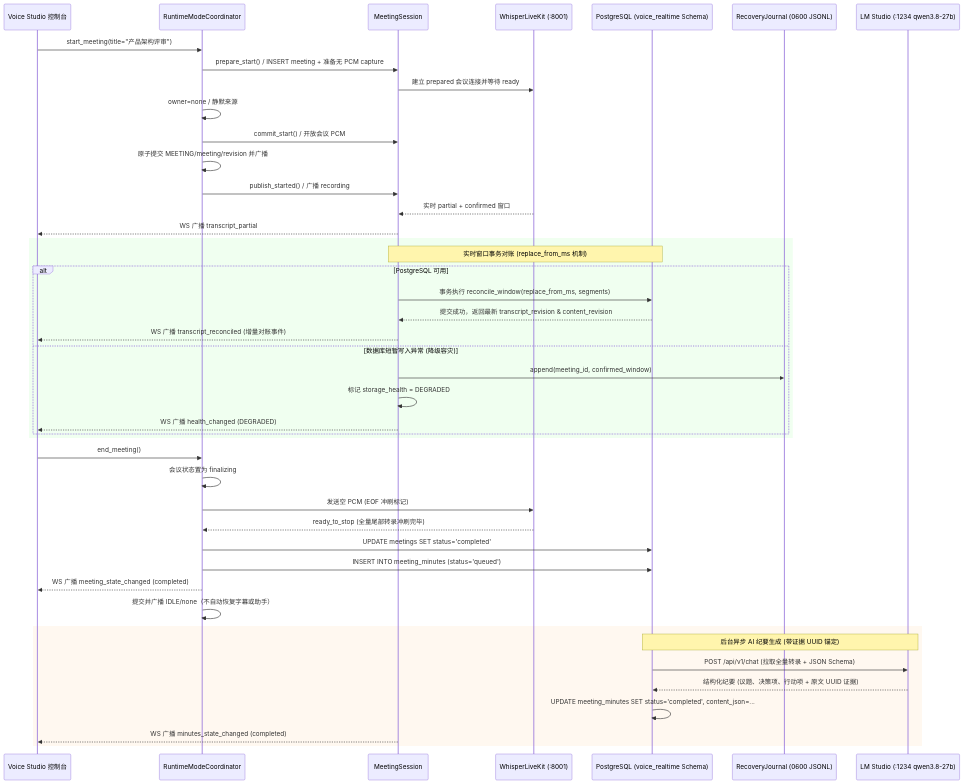
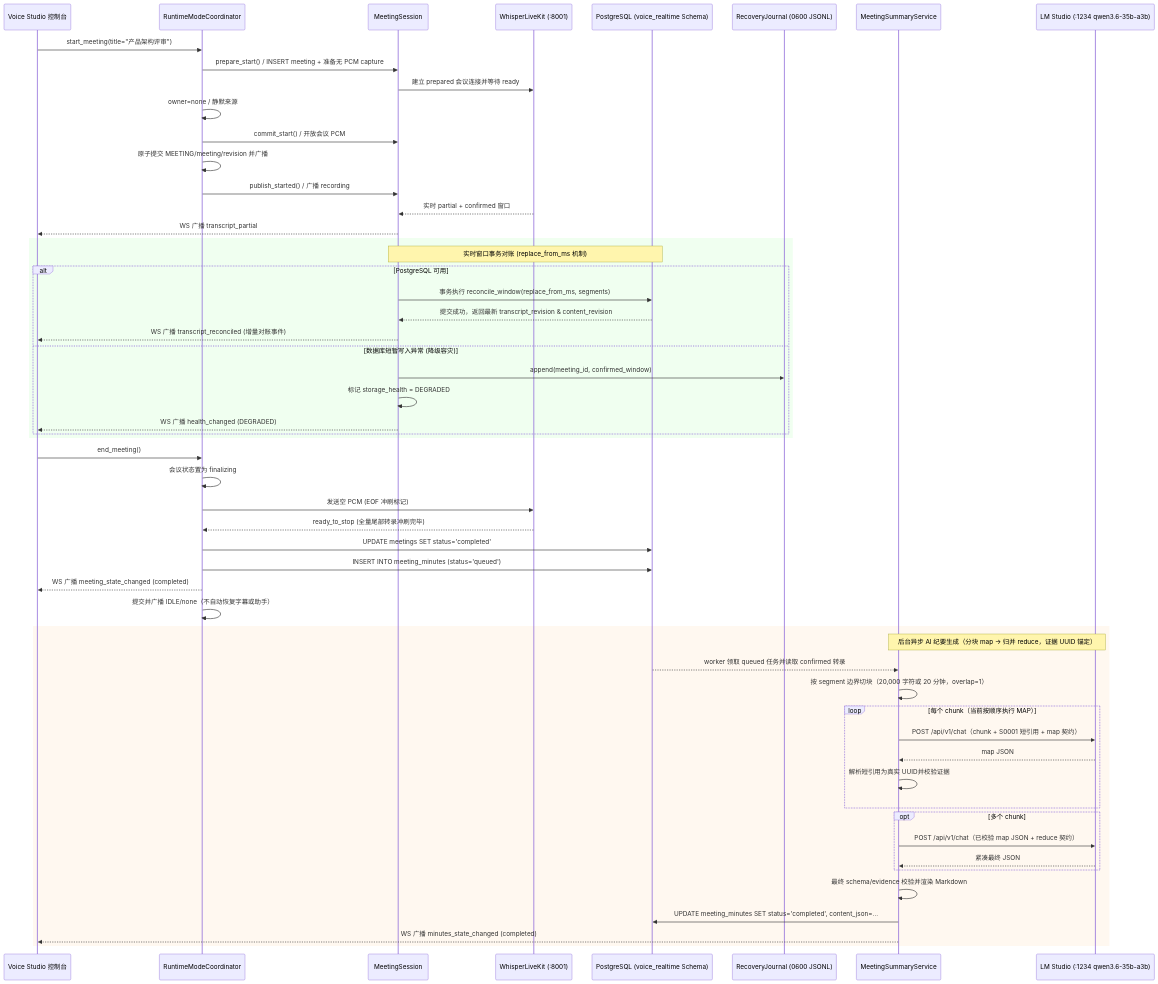
The tenth of 13 diagrams in docs/architecture/系统总体架构与详细设计方案.md (hrygo/voice-realtime), drawn with Mermaid before and after one commit. The commit also changed other lines of this file and 50 other files, not shown here.

````diff
--- a/docs/architecture/系统总体架构与详细设计方案.md
+++ b/docs/architecture/系统总体架构与详细设计方案.md
@@ -559,50 +559,61 @@
 ```mermaid
 sequenceDiagram
     participant UI as Voice Studio 控制台
     participant RT as RuntimeModeCoordinator
     participant MS as MeetingSession
     participant WLK as WhisperLiveKit (:8001)
     participant PG as PostgreSQL (voice_realtime Schema)
     participant RJ as RecoveryJournal (0600 JSONL)
-    participant LM as LM Studio (:1234 qwen3.8-27b)
+    participant SW as MeetingSummaryService
+    participant LM as LM Studio (:1234 qwen3.6-35b-a3b)
 
     UI->>RT: start_meeting(title="产品架构评审")
     RT->>MS: prepare_start() / INSERT meeting + 准备无 PCM capture
     MS->>WLK: 建立 prepared 会议连接并等待 ready
     RT->>RT: owner=none / 静默来源
     RT->>MS: commit_start() / 开放会议 PCM
     RT->>RT: 原子提交 MEETING/meeting/revision 并广播
     RT->>MS: publish_started() / 广播 recording
     WLK-->>MS: 实时 partial + confirmed 窗口
     MS-->>UI: WS 广播 transcript_partial
 
     rect rgb(240, 255, 240)
     Note over MS,PG: 实时窗口事务对账 (replace_from_ms 机制)
     alt PostgreSQL 可用
         MS->>PG: 事务执行 reconcile_window(replace_from_ms, segments)
         PG-->>MS: 提交成功，返回最新 transcript_revision & content_revision
         MS-->>UI: WS 广播 transcript_reconciled (增量对账事件)
     else 数据库短暂写入异常 (降级容灾)
         MS->>RJ: append(meeting_id, confirmed_window)
         MS->>MS: 标记 storage_health = DEGRADED
         MS-->>UI: WS 广播 health_changed (DEGRADED)
     end
     end
 
     UI->>RT: end_meeting()
     RT->>RT: 会议状态置为 finalizing
     RT->>WLK: 发送空 PCM (EOF 冲刷标记)
     WLK-->>RT: ready_to_stop (全量尾部转录冲刷完毕)
     RT->>PG: UPDATE meetings SET status='completed'
     RT->>PG: INSERT INTO meeting_minutes (status='queued')
     RT-->>UI: WS 广播 meeting_state_changed (completed)
     RT->>RT: 提交并广播 IDLE/none（不自动恢复字幕或助手）
 
     rect rgb(255, 248, 240)
-    Note over PG,LM: 后台异步 AI 纪要生成 (带证据 UUID 锚定)
-    PG->>LM: POST /api/v1/chat (拉取全量转录 + JSON Schema)
-    LM-->>PG: 结构化纪要 (议题、决策项、行动项 + 原文 UUID 证据)
-    PG->>PG: UPDATE meeting_minutes SET status='completed', content_json=...
-    MS-->>UI: WS 广播 minutes_state_changed (completed)
+    Note over SW,LM: 后台异步 AI 纪要生成（分块 map → 归并 reduce，证据 UUID 锚定）
+    PG-->>SW: worker 领取 queued 任务并读取 confirmed 转录
+    SW->>SW: 按 segment 边界切块（20,000 字符或 20 分钟，overlap=1）
+    loop 每个 chunk（当前按顺序执行 MAP）
+        SW->>LM: POST /api/v1/chat（chunk + S0001 短引用 + map 契约）
+        LM-->>SW: map JSON
+        SW->>SW: 解析短引用为真实 UUID并校验证据
+    end
+    opt 多个 chunk
+        SW->>LM: POST /api/v1/chat（已校验 map JSON + reduce 契约）
+        LM-->>SW: 紧凑最终 JSON
+    end
+    SW->>SW: 最终 schema/evidence 校验并渲染 Markdown
+    SW->>PG: UPDATE meeting_minutes SET status='completed', content_json=...
+    SW-->>UI: WS 广播 minutes_state_changed (completed)
     end
 ```
````
